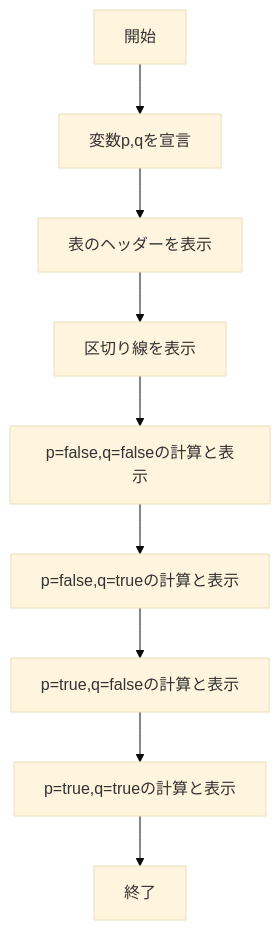
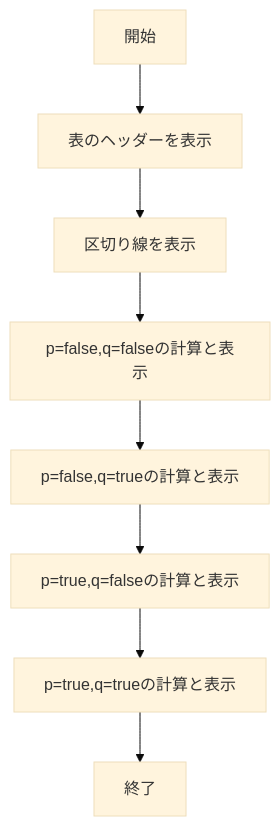
The second of 2 diagrams in chapter05/LogicalOperators-README.md (kanjiz/java-training-design-docs), drawn with Mermaid (base theme) before and after one commit. The commit also changed other lines of this file and 2 other files, not shown here.

````diff
--- a/chapter05/LogicalOperators-README.md
+++ b/chapter05/LogicalOperators-README.md
@@ -61,11 +48,10 @@
 ```mermaid
 flowchart TD
-    A[開始] --> B[変数p,qを宣言]
-    B --> C[表のヘッダーを表示]
-    C --> D[区切り線を表示]
-    D --> E[p=false,q=falseの計算と表示]
-    E --> F[p=false,q=trueの計算と表示]
-    F --> G[p=true,q=falseの計算と表示]
-    G --> H[p=true,q=trueの計算と表示]
-    H --> I[終了]
+    A[開始] --> B[表のヘッダーを表示]
+    B --> C[区切り線を表示]
+    C --> D[p=false,q=falseの計算と表示]
+    D --> E[p=false,q=trueの計算と表示]
+    E --> F[p=true,q=falseの計算と表示]
+    F --> G[p=true,q=trueの計算と表示]
+    G --> H[終了]
 ```
````
